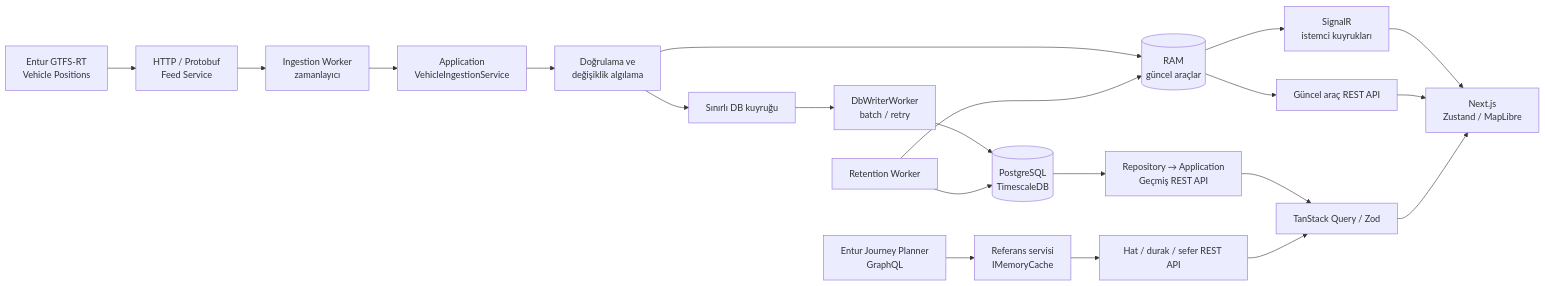
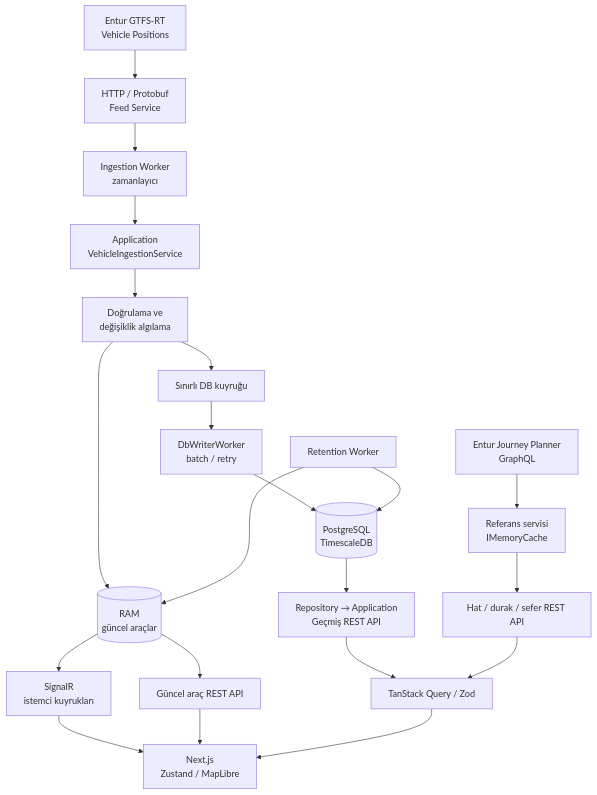
One commit to oguzhankinali/live-vehicle-tracker changed the diagram in README.md. Above: the diagram before and after it, drawn with Mermaid.

Commit message:
docs: improve architecture diagram layout

````diff
--- a/README.md
+++ b/README.md
@@ -76,28 +76,28 @@
 ```mermaid
-flowchart LR
+flowchart TD
     Entur["Entur GTFS-RT<br/>Vehicle Positions"] --> Feed["HTTP / Protobuf<br/>Feed Service"]
     Feed --> Worker["Ingestion Worker<br/>zamanlayıcı"]
     Worker --> Ingestion["Application<br/>VehicleIngestionService"]
     Ingestion --> Changes["Doğrulama ve<br/>değişiklik algılama"]
 
     Changes --> Live[("RAM<br/>güncel araçlar")]
     Changes --> Queue["Sınırlı DB kuyruğu"]
     Queue --> Writer["DbWriterWorker<br/>batch / retry"]
     Writer --> DB[("PostgreSQL<br/>TimescaleDB")]
 
     Live --> SignalR["SignalR<br/>istemci kuyrukları"]
     SignalR --> UI["Next.js<br/>Zustand / MapLibre"]
     Live --> Latest["Güncel araç REST API"]
     Latest --> UI
 
     DB --> History["Repository → Application<br/>Geçmiş REST API"]
     History --> Query["TanStack Query / Zod"]
     Query --> UI
 
     GraphQL["Entur Journey Planner<br/>GraphQL"] --> Ref["Referans servisi<br/>IMemoryCache"]
     Ref --> RefAPI["Hat / durak / sefer REST API"]
     RefAPI --> Query
 
     Retention["Retention Worker"] --> DB
     Retention --> Live
 ```
````
